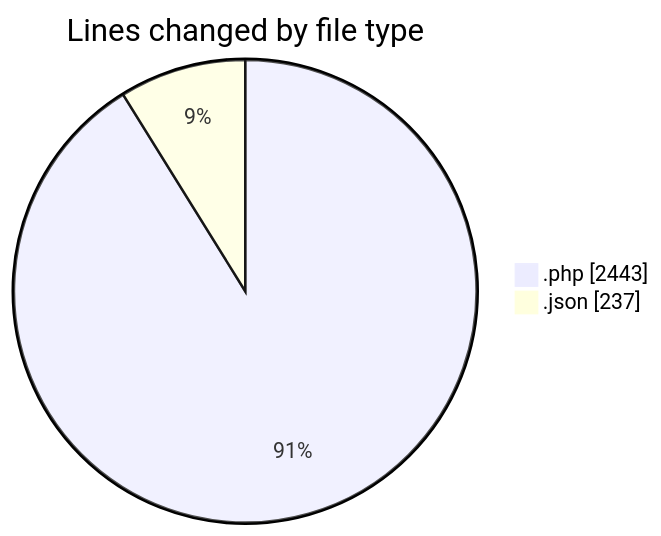
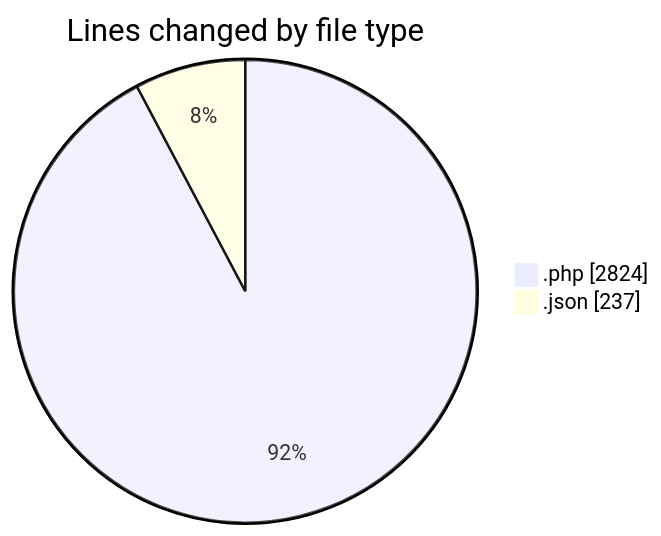
One commit to idhammustaqopulfikri/code-tracking changed the first of 2 diagrams in 2025-06-06/sewa-mobil/README.md. Above: the diagram before and after it, drawn with Mermaid. The commit also changed other lines of this file and 1 other file, not shown here.

````diff
--- a/2025-06-06/sewa-mobil/README.md
+++ b/2025-06-06/sewa-mobil/README.md
@@ -24,6 +25,6 @@
 ```mermaid
 pie showData
 title Lines changed by file type
-".php" : 2443
+".php" : 2824
 ".json" : 237
 ```
````
